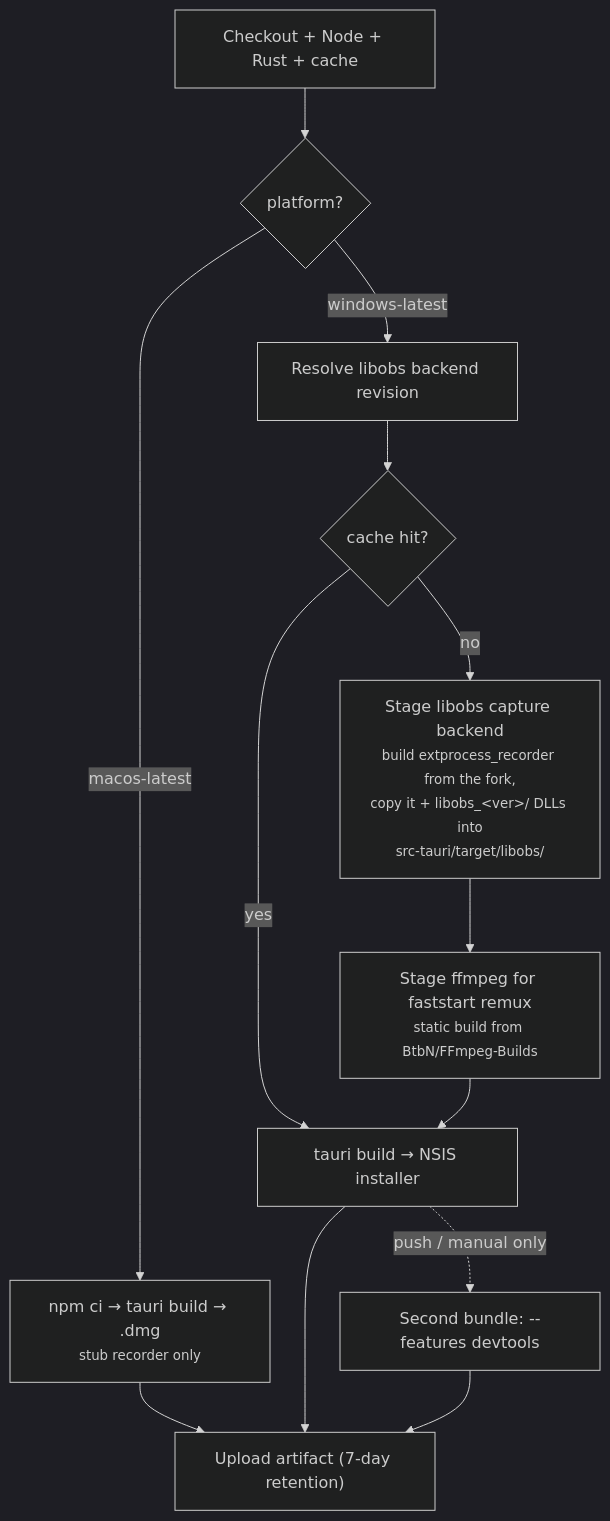
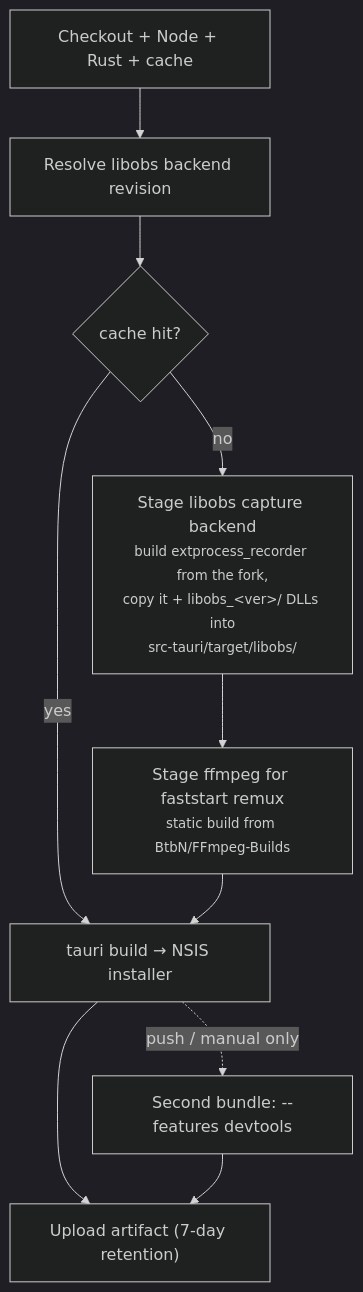
The second of 3 diagrams in docs/ci-and-releases.md (NinjaGoldfinch/ninja-recorder), drawn with Mermaid (dark theme) before and after one commit. The commit also changed other lines of this file and 9 other files, not shown here.

````diff
--- a/docs/ci-and-releases.md
+++ b/docs/ci-and-releases.md
@@ -93,15 +95,12 @@
 ```mermaid
 flowchart TB
-    S["Checkout + Node + Rust + cache"] --> P{"platform?"}
-    P -->|"macos-latest"| M["npm ci → tauri build → .dmg<br/><small>stub recorder only</small>"]
-    P -->|"windows-latest"| W1["Resolve libobs backend revision"]
+    S["Checkout + Node + Rust + cache"] --> W1["Resolve libobs backend revision"]
     W1 --> W2{"cache hit?"}
     W2 -->|"no"| W3["Stage libobs capture backend<br/><small>build extprocess_recorder from the fork,<br/>copy it + libobs_&lt;ver&gt;/ DLLs into<br/>src-tauri/target/libobs/</small>"]
     W3 --> W4["Stage ffmpeg for faststart remux<br/><small>static build from BtbN/FFmpeg-Builds</small>"]
     W2 -->|"yes"| W5
     W4 --> W5["tauri build → NSIS installer"]
-    M --> U["Upload artifact (7-day retention)"]
-    W5 --> U
+    W5 --> U["Upload artifact (7-day retention)"]
     W5 -.->|"push / manual only"| W6["Second bundle: --features devtools"]
     W6 --> U
 ```
````
